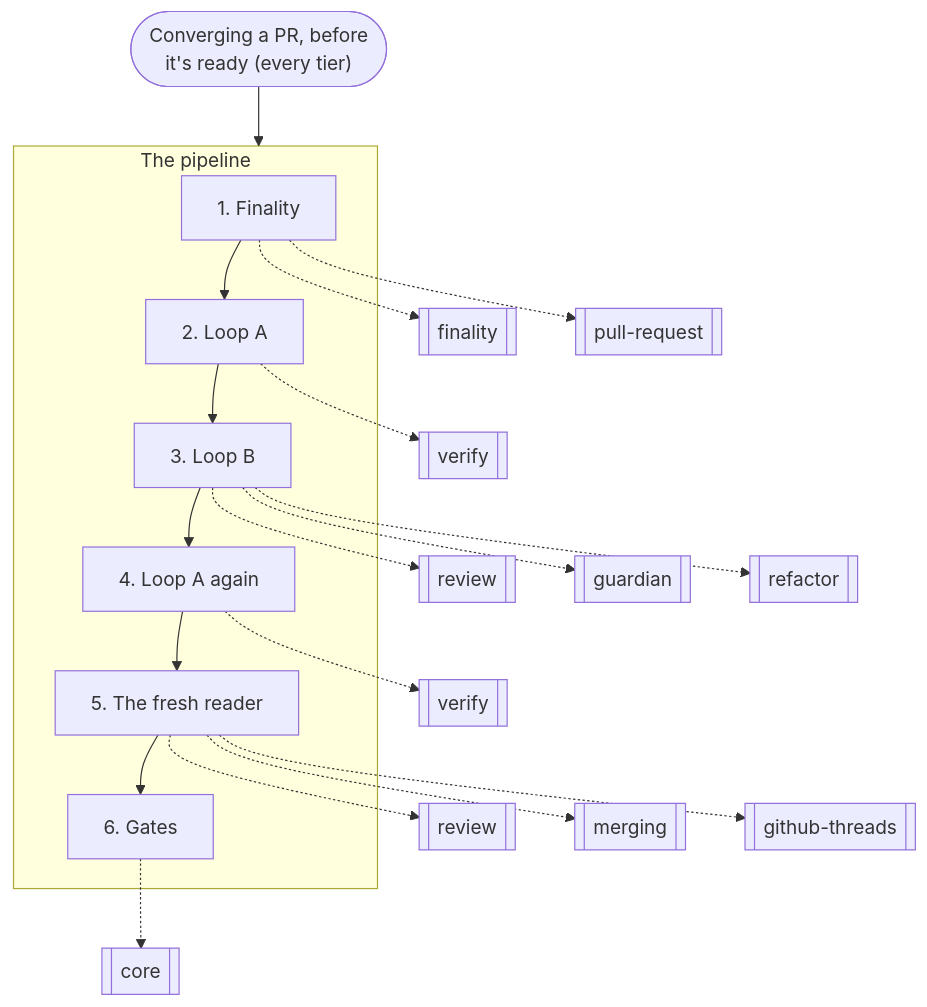
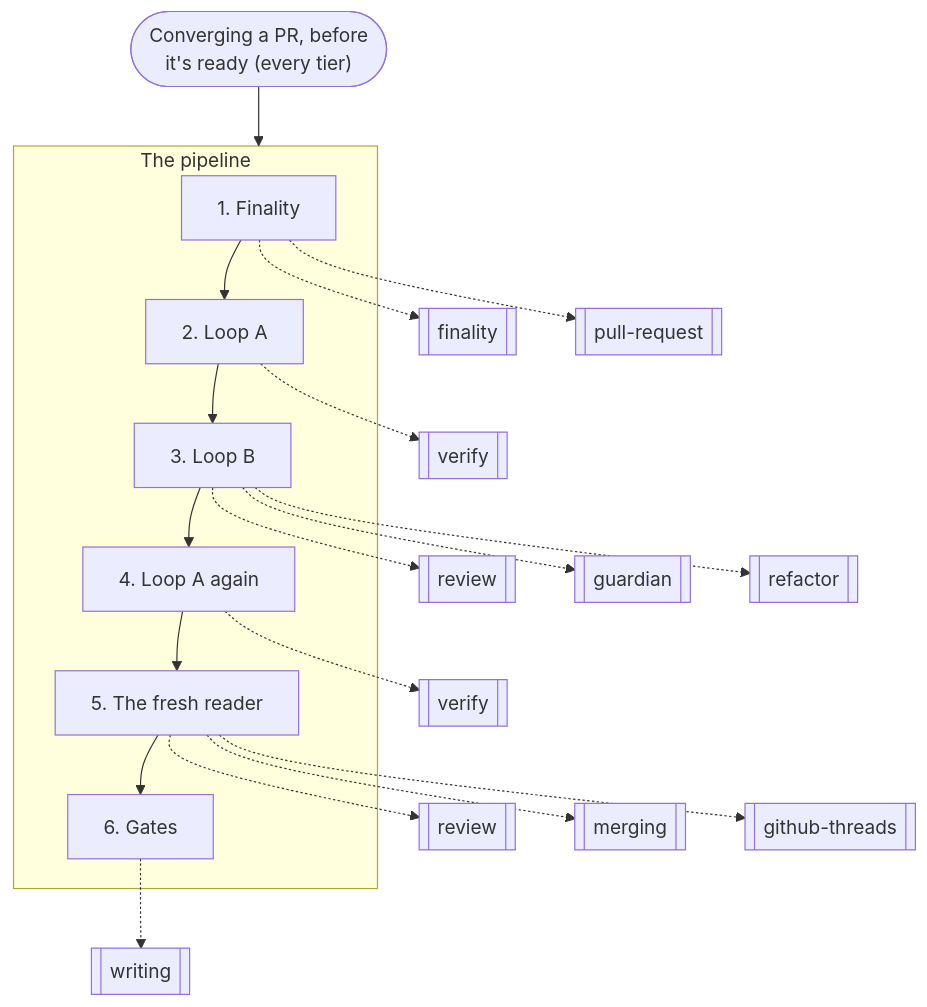
One commit to nitedani/mergeworthy changed the tenth of 17 diagrams in docs/graphs.md. Above: the diagram before and after it, drawn with Mermaid. The commit also changed other lines of this file and 14 other files, not shown here.

````diff
--- a/docs/graphs.md
+++ b/docs/graphs.md
@@ -259,29 +283,29 @@
 ```mermaid
 flowchart TB
   start(["Converging a PR, before<br/>it's ready (every tier)"])
   subgraph g0["The pipeline"]
     s0["1. Finality"]
     s1["2. Loop A"]
     s0 --> s1
     s2["3. Loop B"]
     s1 --> s2
     s3["4. Loop A again"]
     s2 --> s3
     s4["5. The fresh reader"]
     s3 --> s4
     s5["6. Gates"]
     s4 --> s5
   end
   s0 -.-> r1[["finality"]]
   s0 -.-> r2[["pull-request"]]
   s1 -.-> r3[["verify"]]
   s2 -.-> r4[["review"]]
   s2 -.-> r5[["guardian"]]
   s2 -.-> r6[["refactor"]]
   s3 -.-> r7[["verify"]]
   s4 -.-> r8[["review"]]
   s4 -.-> r9[["merging"]]
   s4 -.-> r10[["github-threads"]]
-  s5 -.-> r11[["core"]]
+  s5 -.-> r11[["writing"]]
   start --> g0
 ```
````
